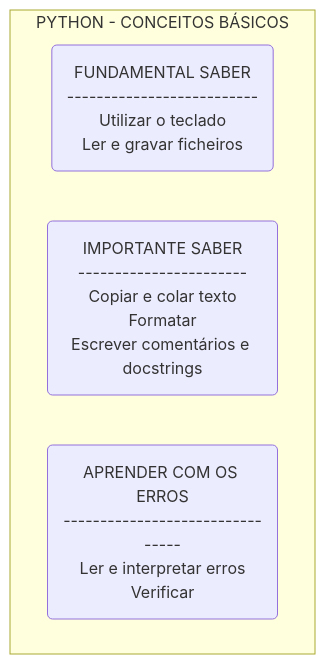
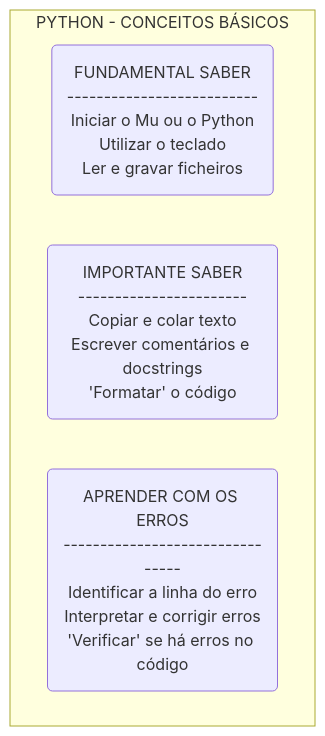
Before and after one commit to xbecas/init_python: the second of 5 diagrams in techtree.md, drawn with Mermaid.

Commit message:
Update techtree.md
Update Python - Conceitos básicos

````diff
--- a/techtree.md
+++ b/techtree.md
@@ -24,9 +24,9 @@
 ```mermaid
   graph TD
   
     subgraph "PYTHON - CONCEITOS BÁSICOS"
-      Fundamental("FUNDAMENTAL SABER<br>--------------------------<br>Utilizar o teclado<br>Ler e gravar ficheiros")
-      Importante("IMPORTANTE SABER<br>-----------------------<br>Copiar e colar texto<br>Formatar<br>Escrever comentários e docstrings")
-      Erros("APRENDER COM OS ERROS<br>--------------------------------<br>Ler e interpretar erros<br>Verificar")
+      Fundamental("FUNDAMENTAL SABER<br>--------------------------<br>Iniciar o Mu ou o Python<br>Utilizar o teclado<br>Ler e gravar ficheiros")
+      Importante("IMPORTANTE SABER<br>-----------------------<br>Copiar e colar texto<br>Escrever comentários e docstrings"<br>'Formatar' o código)
+      Erros("APRENDER COM OS ERROS<br>--------------------------------<br>Identificar a linha do erro<br>Interpretar e corrigir erros<br>'Verificar' se há erros no código")
     end
 ```
````
